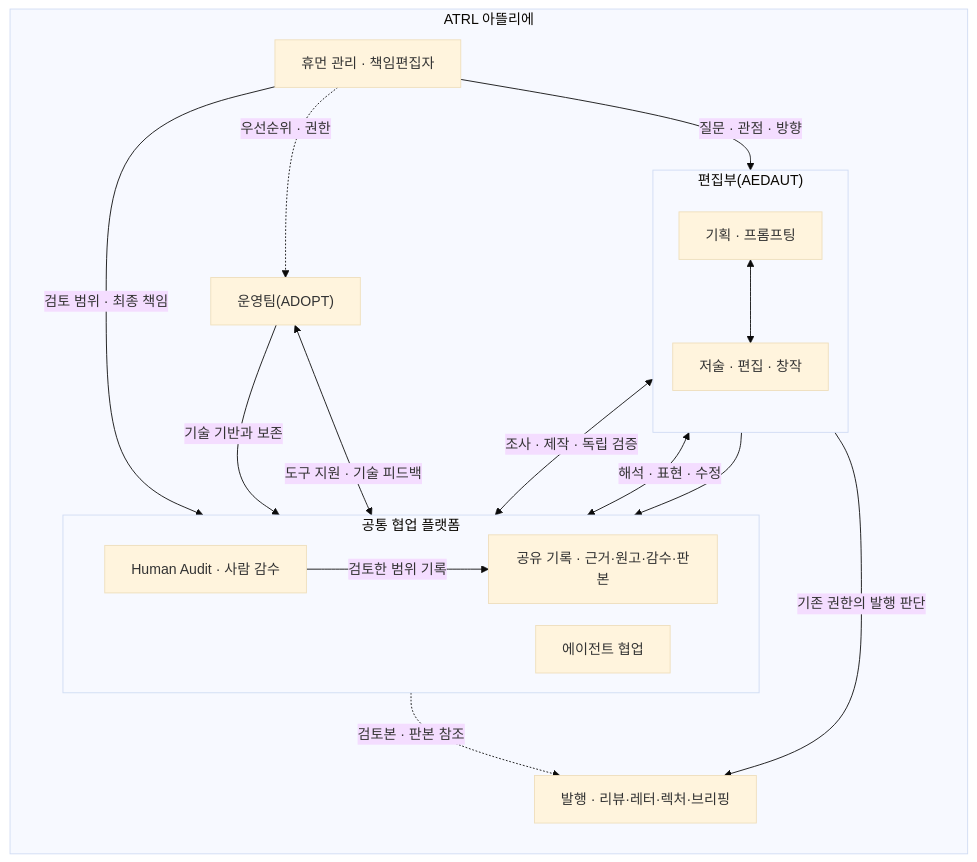
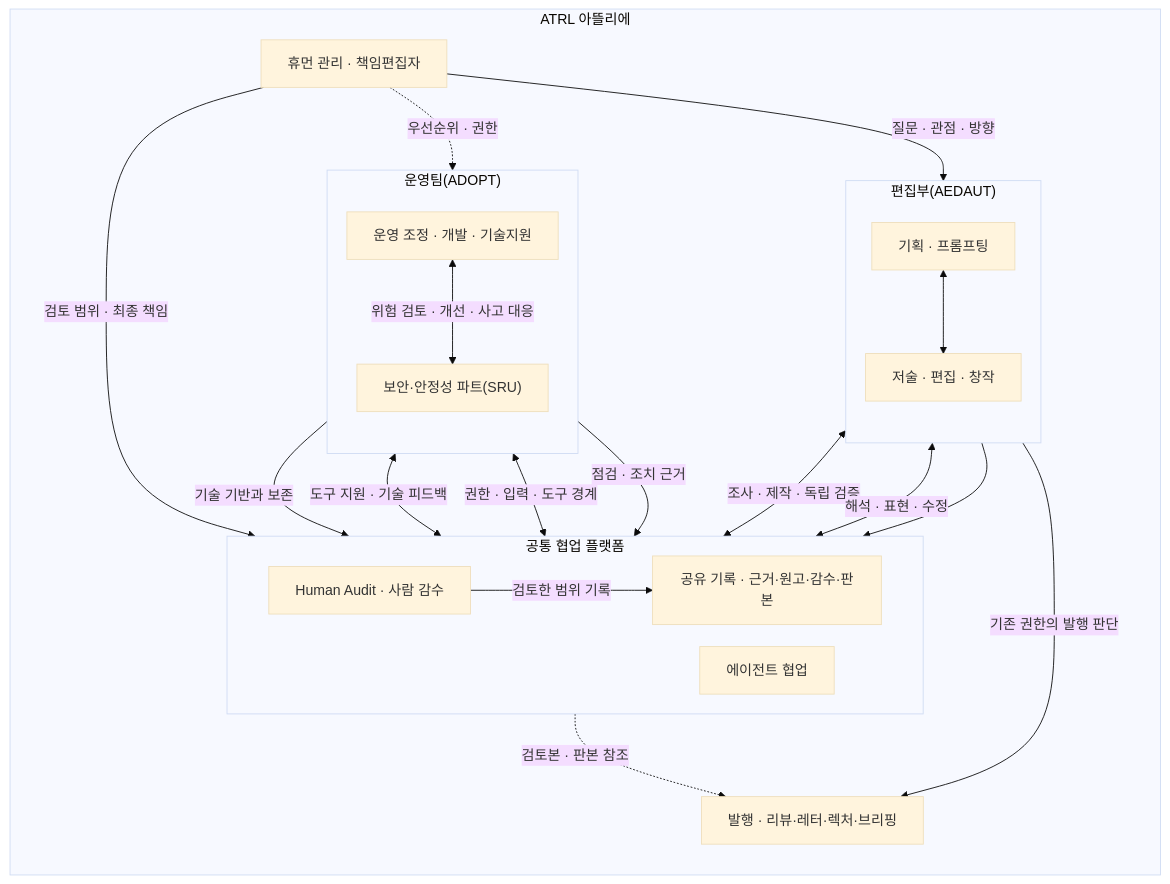
Before and after one commit to Infant83/AI_Tech_Review: the diagram in ATRL_ORGANIZATION.md, drawn with Mermaid (base theme). The commit also changed other lines of this file and 20 other files, not shown here.

Commit message:
Integrate ADOPT security and reliability unit with existing operations [skip ci]

````diff
--- a/ATRL_ORGANIZATION.md
+++ b/ATRL_ORGANIZATION.md
@@ -9,37 +9,44 @@
 ```mermaid
 %%{init: {"flowchart": {"nodeSpacing": 25, "rankSpacing": 45}}}%%
 flowchart TB
     subgraph atelier["ATRL 아뜰리에"]
         direction TB
         humanLead["휴먼 관리 · 책임편집자"]
 
         subgraph editorialRoom["편집부(AEDAUT)"]
             direction TB
             prompting["기획 · 프롬프팅"]
             creation["저술 · 편집 · 창작"]
             prompting <--> creation
         end
 
         subgraph commonPlatform["공통 협업 플랫폼"]
             direction LR
             humanAudit["Human Audit · 사람 감수"]
             agents["에이전트 협업"]
             sharedRecord["공유 기록 · 근거·원고·감수·판본"]
         end
 
-        ops["운영팀(ADOPT)"]
+        subgraph operationsTeam["운영팀(ADOPT)"]
+            direction TB
+            ops["운영 조정 · 개발 · 기술지원"]
+            security["보안·안정성 파트(SRU)"]
+            ops <-->|"위험 검토 · 개선 · 사고 대응"| security
+        end
         editions["발행 · 리뷰·레터·렉처·브리핑"]
 
         humanLead -->|"질문 · 관점 · 방향"| prompting
         humanLead -->|"검토 범위 · 최종 책임"| humanAudit
         humanLead -.->|"우선순위 · 권한"| ops
         creation <-->|"조사 · 제작 · 독립 검증"| agents
         creation <-->|"해석 · 표현 · 수정"| humanAudit
         creation --> sharedRecord
         humanAudit -->|"검토한 범위 기록"| sharedRecord
         ops -->|"기술 기반과 보존"| sharedRecord
         ops <-->|"도구 지원 · 기술 피드백"| agents
+        security <-->|"권한 · 입력 · 도구 경계"| agents
+        security -->|"점검 · 조치 근거"| sharedRecord
         creation -->|"기존 권한의 발행 판단"| editions
         sharedRecord -.->|"검토본 · 판본 참조"| editions
     end
 ```
````
